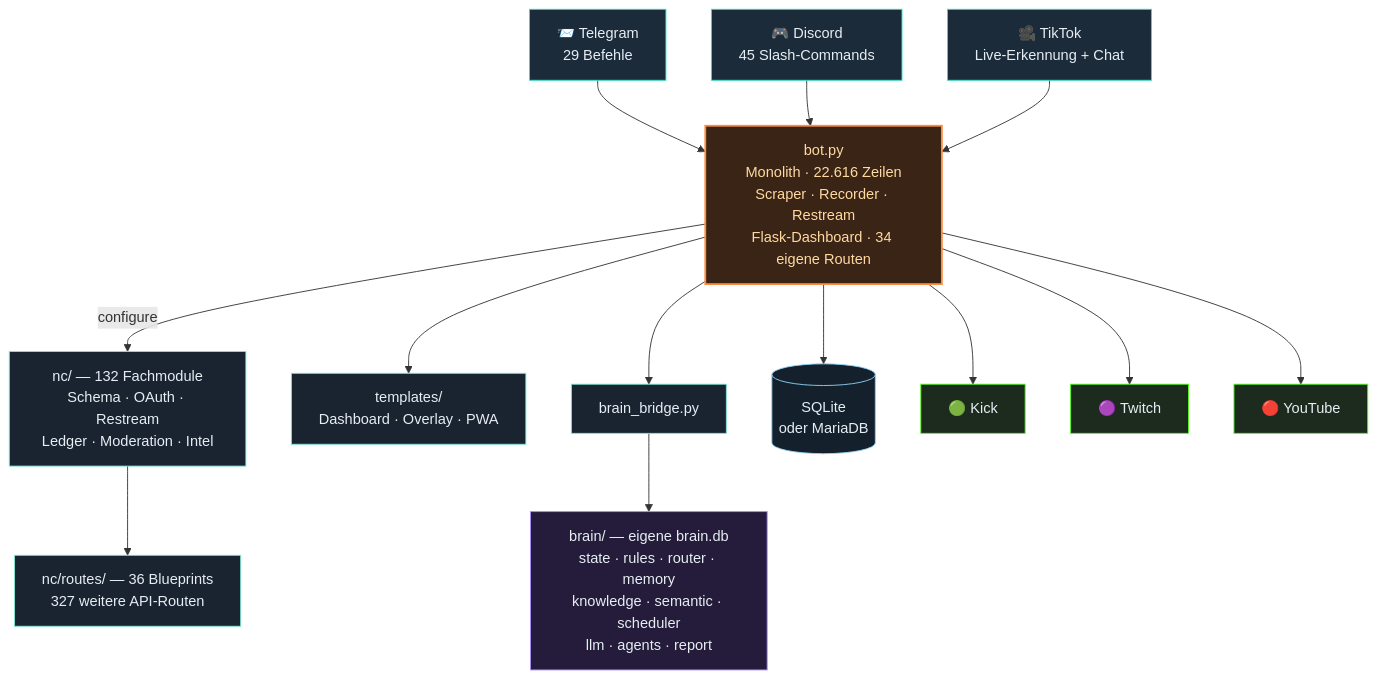
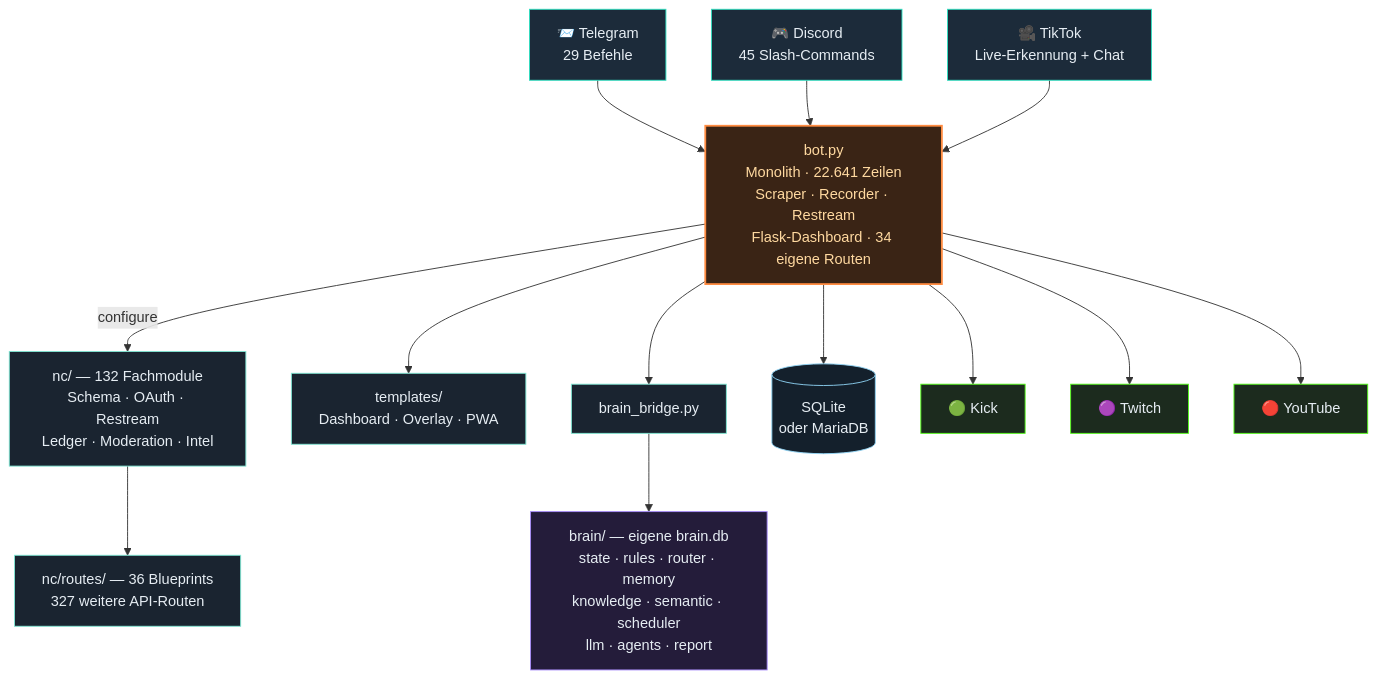
Before and after one commit to itsamemedev/Telegram-Stream-Info-Bot: the third of 4 diagrams in README.md, drawn with Mermaid. The commit also changed other lines of this file and 10 other files, not shown here.

````diff
--- a/README.md
+++ b/README.md
@@ -189,30 +189,30 @@
 ```mermaid
 flowchart TB
     TG["📨 Telegram<br/>29 Befehle"]:::ein
     DC["🎮 Discord<br/>45 Slash-Commands"]:::ein
     TT["🎥 TikTok<br/>Live-Erkennung + Chat"]:::ein
 
     TG --> BOT
     DC --> BOT
     TT --> BOT
 
-    BOT["bot.py<br/>Monolith · 22.616 Zeilen<br/>Scraper · Recorder · Restream<br/>Flask-Dashboard · 34 eigene Routen"]:::core
+    BOT["bot.py<br/>Monolith · 22.641 Zeilen<br/>Scraper · Recorder · Restream<br/>Flask-Dashboard · 34 eigene Routen"]:::core
 
     BOT -->|configure| NC["nc/ — 132 Fachmodule<br/>Schema · OAuth · Restream<br/>Ledger · Moderation · Intel"]:::lib
     NC --> RT["nc/routes/ — 36 Blueprints<br/>327 weitere API-Routen"]:::lib
     BOT --> TPL["templates/<br/>Dashboard · Overlay · PWA"]:::lib
     BOT --> BR["brain_bridge.py"]:::lib
     BR --> BRAIN["brain/ — eigene brain.db<br/>state · rules · router · memory<br/>knowledge · semantic · scheduler<br/>llm · agents · report"]:::brain
     BOT --> DB[("SQLite<br/>oder MariaDB")]:::db
 
     BOT --> KICK["🟢 Kick"]:::out
     BOT --> TW["🟣 Twitch"]:::out
     BOT --> YT["🔴 YouTube"]:::out
 
     classDef ein fill:#1c2b3a,stroke:#2de1c2,color:#e6edf3
     classDef core fill:#3a2415,stroke:#ff8c42,stroke-width:2px,color:#ffd9a0
     classDef lib fill:#1a2430,stroke:#7fe7d4,color:#e6edf3
     classDef brain fill:#241c3a,stroke:#a78bfa,color:#e6edf3
     classDef db fill:#14202c,stroke:#8fd3f4,color:#e6edf3
     classDef out fill:#1c2b1e,stroke:#53fc18,color:#e6edf3
 ```
````
